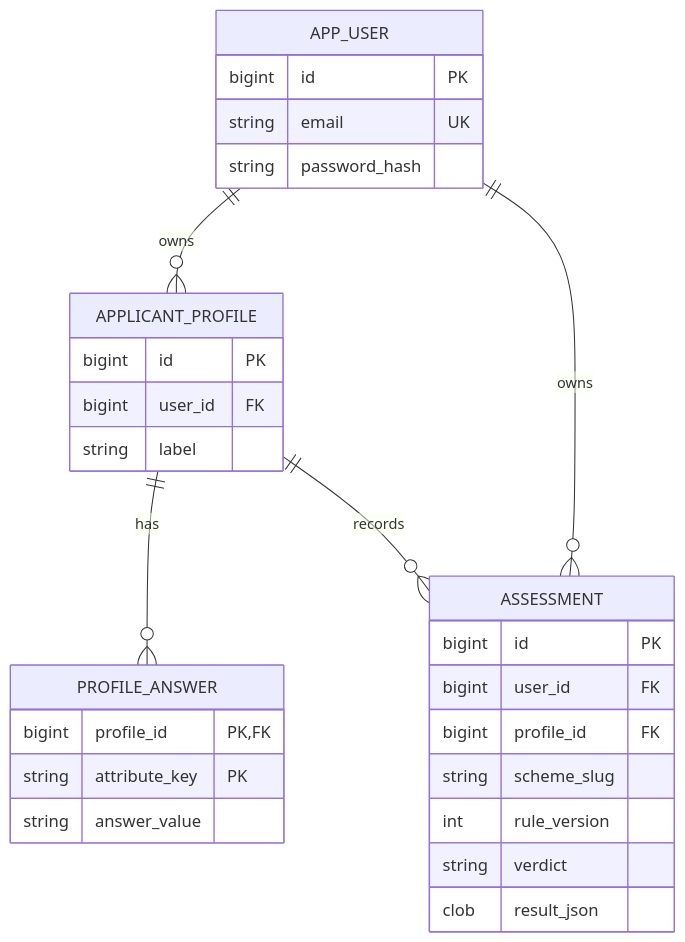
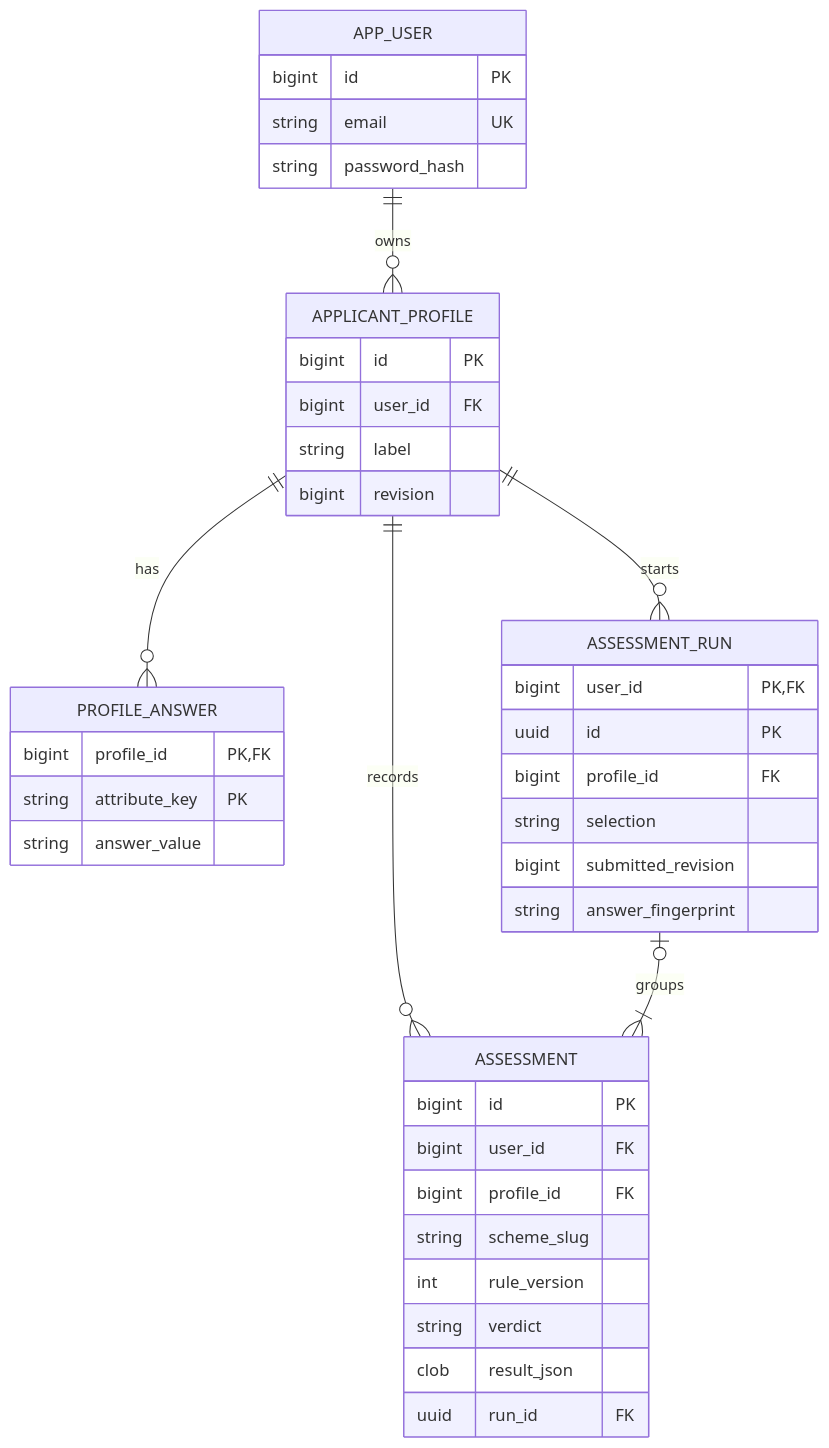
The second of 2 diagrams in docs/design.md (Shreyastacky/govassist-java), drawn with Mermaid before and after one commit. The commit also changed other lines of this file and 15 other files, not shown here.

````diff
--- a/docs/design.md
+++ b/docs/design.md
@@ -48,31 +49,42 @@
 ```mermaid
 erDiagram
     APP_USER ||--o{ APPLICANT_PROFILE : owns
     APPLICANT_PROFILE ||--o{ PROFILE_ANSWER : has
     APPLICANT_PROFILE ||--o{ ASSESSMENT : records
-    APP_USER ||--o{ ASSESSMENT : owns
+    APPLICANT_PROFILE ||--o{ ASSESSMENT_RUN : starts
+    ASSESSMENT_RUN |o--|{ ASSESSMENT : groups
     APP_USER {
         bigint id PK
         string email UK
         string password_hash
     }
     APPLICANT_PROFILE {
         bigint id PK
         bigint user_id FK
         string label
+        bigint revision
     }
     PROFILE_ANSWER {
         bigint profile_id PK,FK
         string attribute_key PK
         string answer_value
+    }
+    ASSESSMENT_RUN {
+        bigint user_id PK,FK
+        uuid id PK
+        bigint profile_id FK
+        string selection
+        bigint submitted_revision
+        string answer_fingerprint
     }
     ASSESSMENT {
         bigint id PK
         bigint user_id FK
         bigint profile_id FK
         string scheme_slug
         int rule_version
         string verdict
         clob result_json
+        uuid run_id FK
     }
 ```
````
